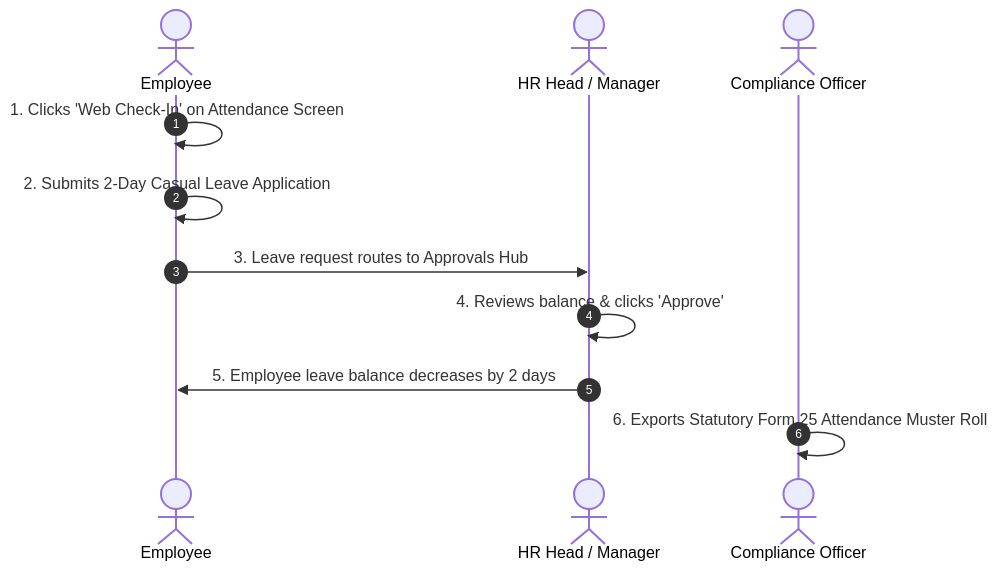
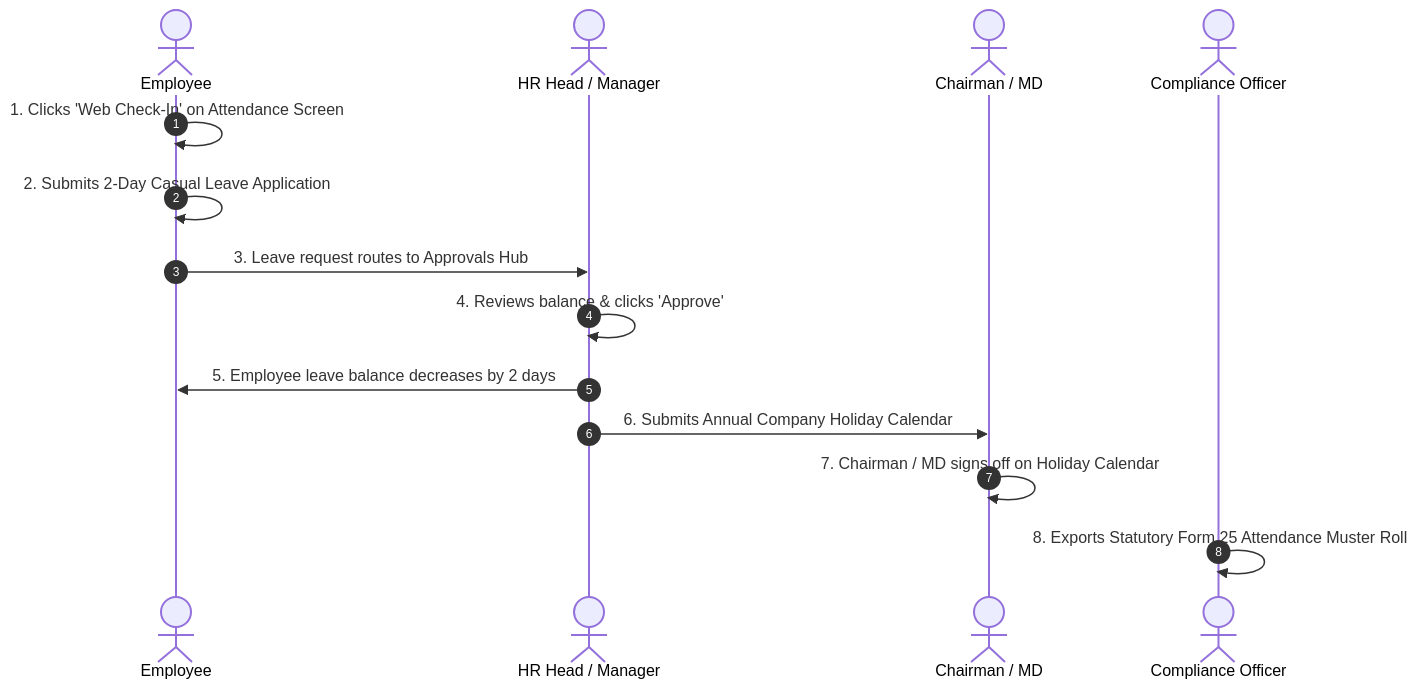
Before and after one commit to ViruzVerse-Solutions/hrms: the fourth of 10 diagrams in docs/PHASE_TESTING_GUIDE.md, drawn with Mermaid. The commit also changed other lines of this file, not shown here.

````diff
--- a/docs/PHASE_TESTING_GUIDE.md
+++ b/docs/PHASE_TESTING_GUIDE.md
@@ -131,14 +135,17 @@
 ```mermaid
 sequenceDiagram
     autonumber
     actor EMP as Employee
     actor HR as HR Head / Manager
+    actor CH_MD as Chairman / MD
     actor COMP as Compliance Officer
 
     EMP->>EMP: 1. Clicks 'Web Check-In' on Attendance Screen
     EMP->>EMP: 2. Submits 2-Day Casual Leave Application
     EMP->>HR: 3. Leave request routes to Approvals Hub
     HR->>HR: 4. Reviews balance & clicks 'Approve'
     HR->>EMP: 5. Employee leave balance decreases by 2 days
-    COMP->>COMP: 6. Exports Statutory Form 25 Attendance Muster Roll
+    HR->>CH_MD: 6. Submits Annual Company Holiday Calendar
+    CH_MD->>CH_MD: 7. Chairman / MD signs off on Holiday Calendar
+    COMP->>COMP: 8. Exports Statutory Form 25 Attendance Muster Roll
 ```
````
